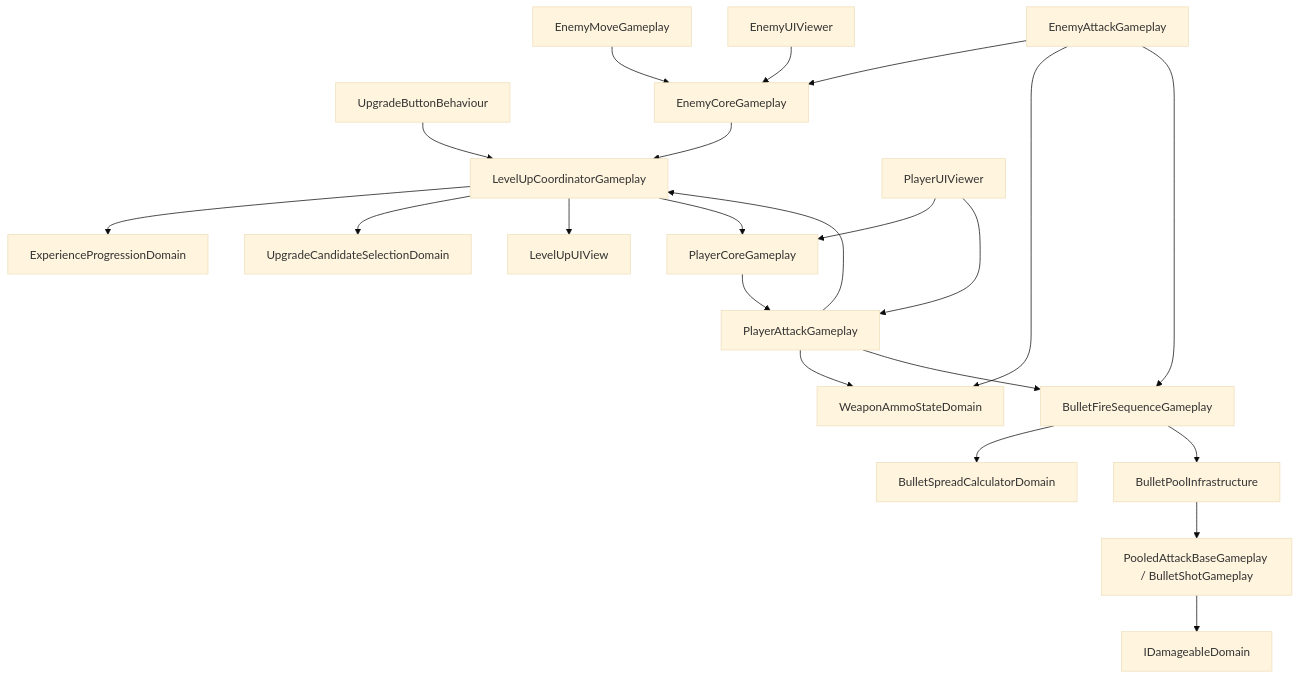
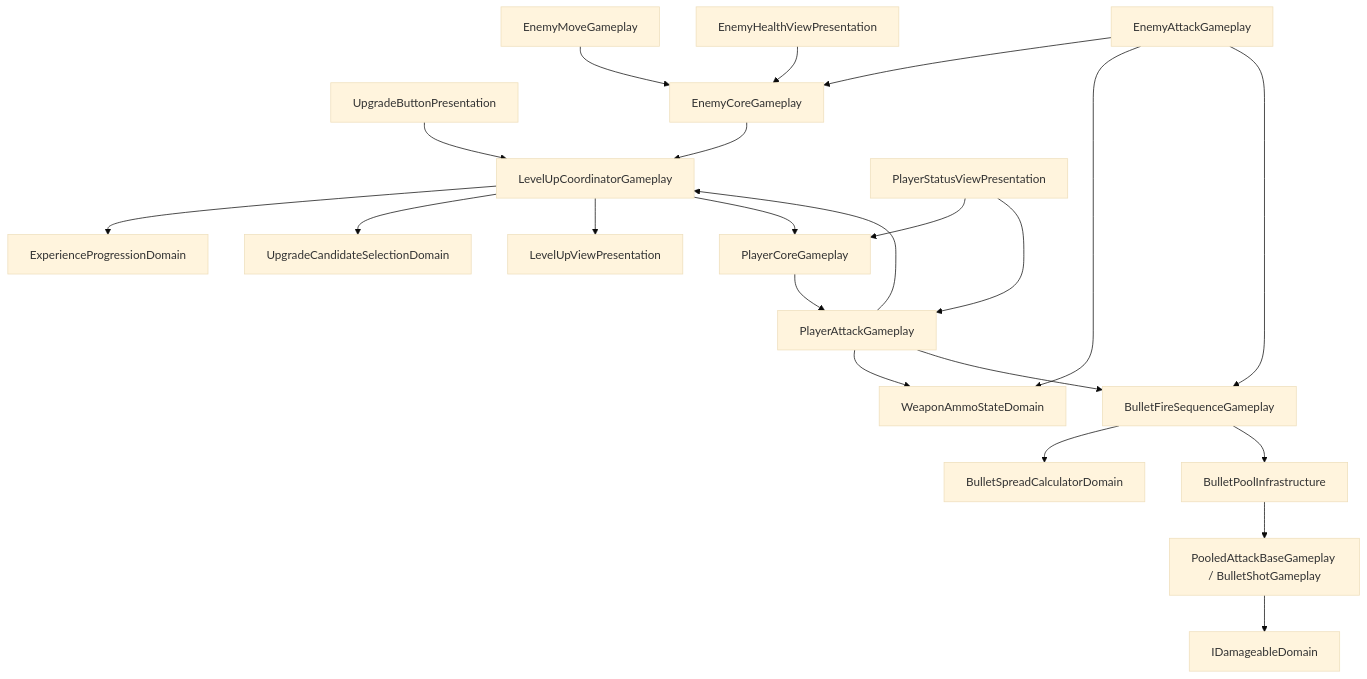
The diagram in docs/specs/gameplay-architecture.md (AoiTomiyama/kojinProjectFeb3D), drawn with Mermaid (base theme) before and after one commit. The commit also changed other lines of this file and 28 other files, not shown here.

````diff
--- a/docs/specs/gameplay-architecture.md
+++ b/docs/specs/gameplay-architecture.md
@@ -28,24 +28,24 @@
 ```mermaid
 flowchart TD
-    Button[UpgradeButtonBehaviour] --> Manager[LevelUpCoordinatorGameplay]
+    Button[UpgradeButtonPresentation] --> Manager[LevelUpCoordinatorGameplay]
     Enemy[EnemyCoreGameplay] --> Manager
     Manager --> Progress[ExperienceProgressionDomain]
     Manager --> Selection[UpgradeCandidateSelectionDomain]
-    Manager --> View[LevelUpUIView]
+    Manager --> View[LevelUpViewPresentation]
     Manager --> Player[PlayerCoreGameplay]
     Player --> Attack[PlayerAttackGameplay]
     Attack --> Manager
     EnemyAttackGameplay[EnemyAttackGameplay] --> Enemy
     EnemyAttackGameplay --> Ammo
     EnemyAttackGameplay --> Fire
     EnemyMoveGameplay[EnemyMoveGameplay] --> Enemy
     Attack --> Ammo[WeaponAmmoStateDomain]
     Attack --> Fire[BulletFireSequenceGameplay]
     Fire --> Spread[BulletSpreadCalculatorDomain]
     Fire --> Pool[BulletPoolInfrastructure]
     Pool --> Bullet[PooledAttackBaseGameplay / BulletShotGameplay]
-    PlayerUI[PlayerUIViewer] --> Player
+    PlayerUI[PlayerStatusViewPresentation] --> Player
     PlayerUI --> Attack
-    EnemyUI[EnemyUIViewer] --> Enemy
+    EnemyUI[EnemyHealthViewPresentation] --> Enemy
     Bullet --> Damage[IDamageableDomain]
 ```
````
